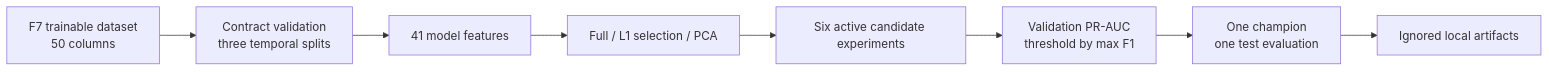
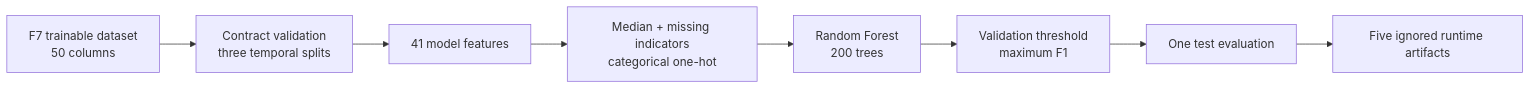
One commit to HuyyGiaa/ewallet-data-ai-platform changed the diagram in docs/ml/fraud_modeling.md. Above: the diagram before and after it, drawn with Mermaid. The commit also changed other lines of this file and 13 other files, not shown here.

Commit message:
refactor: keep only Random Forest fraud baseline

````diff
--- a/docs/ml/fraud_modeling.md
+++ b/docs/ml/fraud_modeling.md
@@ -11,14 +11,13 @@
 ```mermaid
 flowchart LR
     DATA["F7 trainable dataset<br/>50 columns"]
     CHECK["Contract validation<br/>three temporal splits"]
     X["41 model features"]
-    FEATURE["Full / L1 selection / PCA"]
-    MODELS["Six active candidate experiments"]
-    VALIDATION["Validation PR-AUC<br/>threshold by max F1"]
-    TEST["One champion<br/>one test evaluation"]
-    ARTIFACTS["Ignored local artifacts"]
+    PREP["Median + missing indicators<br/>categorical one-hot"]
+    RF["Random Forest<br/>200 trees"]
+    VALIDATION["Validation threshold<br/>maximum F1"]
+    TEST["One test evaluation"]
+    ARTIFACTS["Five ignored runtime artifacts"]
 
-    DATA --> CHECK --> X --> FEATURE --> MODELS
-    MODELS --> VALIDATION --> TEST --> ARTIFACTS
+    DATA --> CHECK --> X --> PREP --> RF --> VALIDATION --> TEST --> ARTIFACTS
 ```
````
